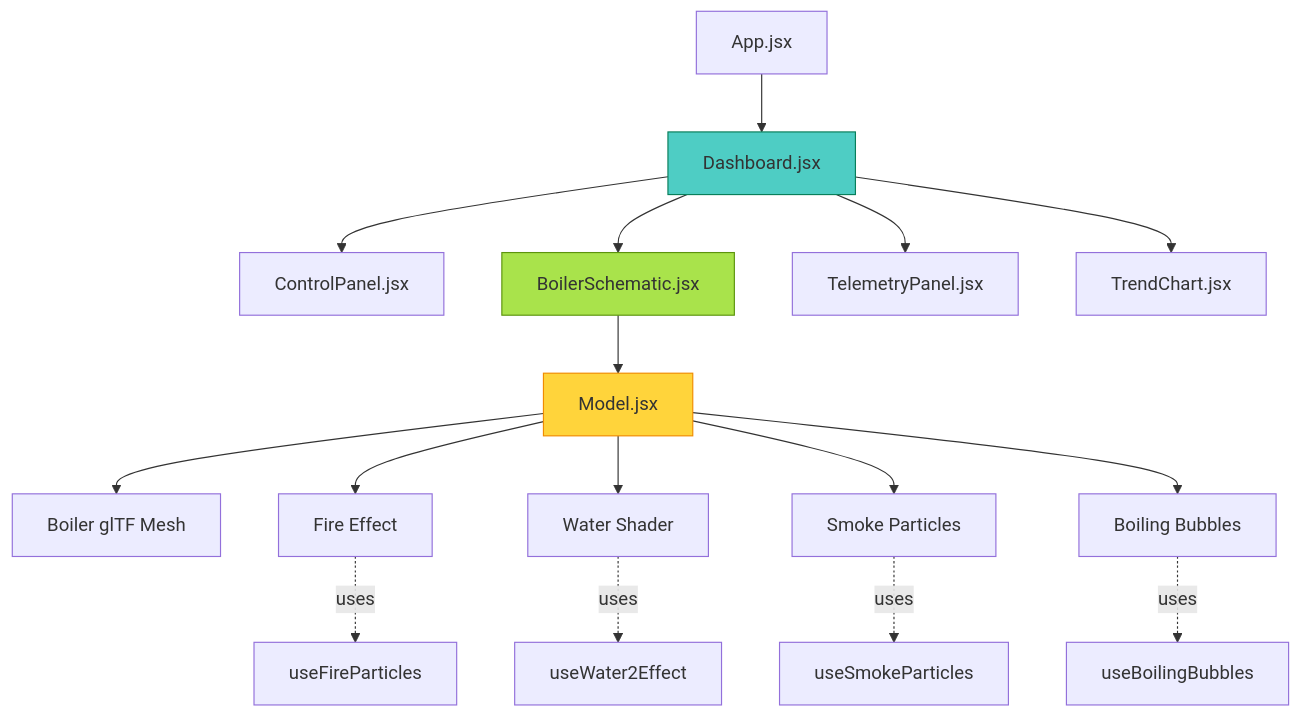
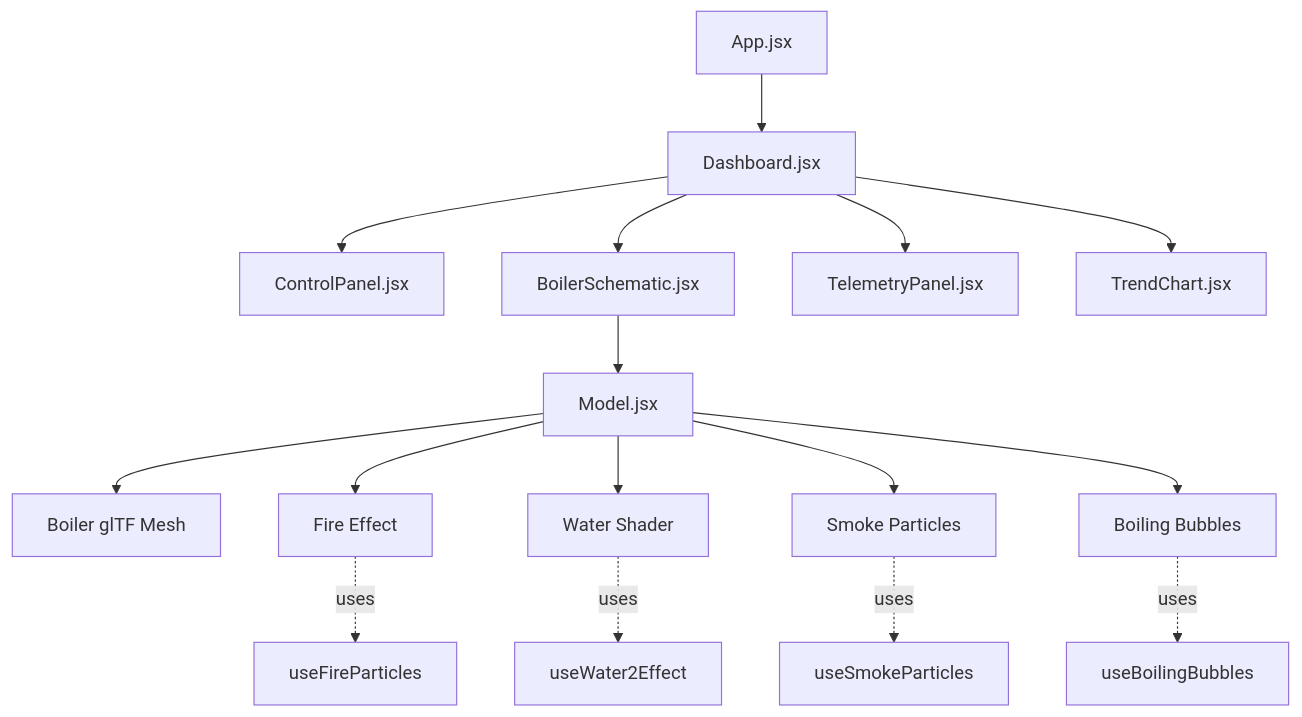
The first of 7 diagrams in docs/frontend.md (Divesh-Kshirsagar/BIMCS), drawn with Mermaid before and after one commit. The commit also changed other lines of this file and 7 other files, not shown here.

Commit message:
refactor: remove unnecessary style definitions from documentation diagrams

````diff
--- a/docs/frontend.md
+++ b/docs/frontend.md
@@ -63,26 +63,23 @@
 ```mermaid
 graph TB
     App[App.jsx] --> Dashboard[Dashboard.jsx]
     
     Dashboard --> Controls[ControlPanel.jsx]
     Dashboard --> Schematic[BoilerSchematic.jsx]
     Dashboard --> Telemetry[TelemetryPanel.jsx]
     Dashboard --> Chart[TrendChart.jsx]
     
     Schematic --> Model[Model.jsx]
     
     Model --> Boiler[Boiler glTF Mesh]
     Model --> Fire[Fire Effect]
     Model --> Water[Water Shader]
     Model --> Smoke[Smoke Particles]
     Model --> Bubbles[Boiling Bubbles]
     
     Fire -.uses.-> FireHook[useFireParticles]
     Smoke -.uses.-> SmokeHook[useSmokeParticles]
     Water -.uses.-> WaterHook[useWater2Effect]
     Bubbles -.uses.-> BubbleHook[useBoilingBubbles]
-    
-    style Dashboard fill:#4ecdc4,stroke:#087f5b
-    style Model fill:#ffd43b,stroke:#f08c00
-    style Schematic fill:#a9e34b,stroke:#5c940d
+
 ```
````
